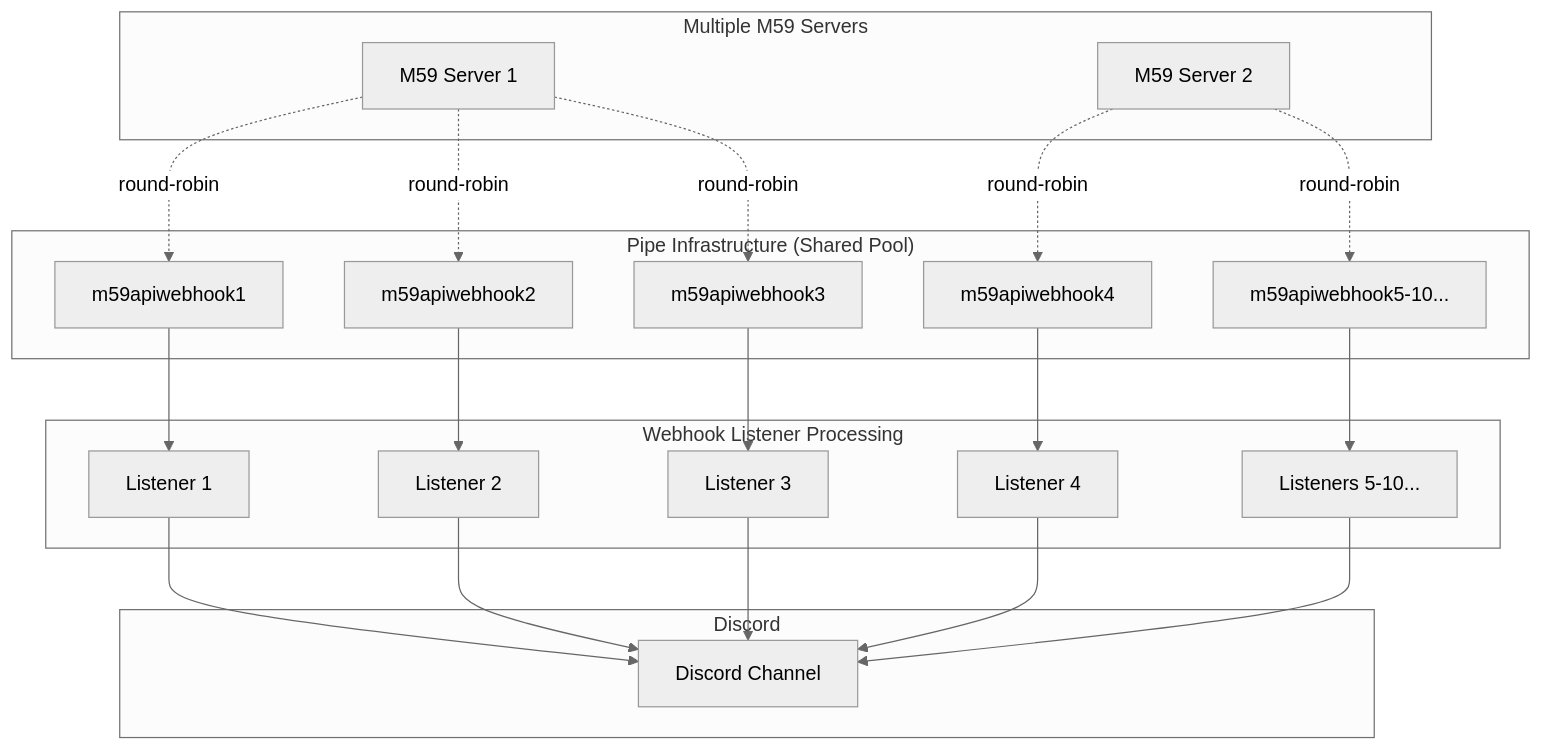
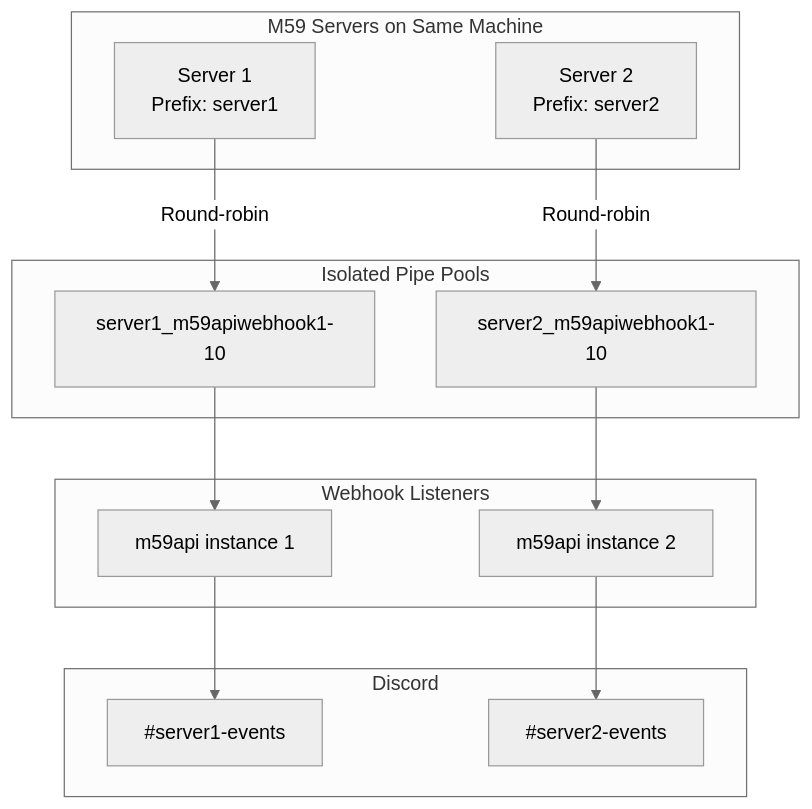
The second of 2 diagrams in docs/webhooks.md (Meridian59/Meridian59), drawn with Mermaid (neutral theme) before and after one commit. The commit also changed other lines of this file, not shown here.

````diff
--- a/docs/webhooks.md
+++ b/docs/webhooks.md
@@ -117,45 +151,31 @@
 ```mermaid
 graph TB
-    subgraph "Multiple M59 Servers"
-        S1[M59 Server 1]
-        S2[M59 Server 2]
+    subgraph "M59 Servers on Same Machine"
+        S1[Server 1<br/>Prefix: server1]
+        S2[Server 2<br/>Prefix: server2]
     end
     
-    subgraph "Pipe Infrastructure (Shared Pool)"
-        P1[m59apiwebhook1]
-        P2[m59apiwebhook2]
-        P3[m59apiwebhook3]
-        P4[m59apiwebhook4]
-        P5[m59apiwebhook5-10...]
+    subgraph "Isolated Pipe Pools"
+        P1G[server1_m59apiwebhook1-10]
+        P2G[server2_m59apiwebhook1-10]
     end
     
-    subgraph "Webhook Listener Processing"
-        L1[Listener 1]
-        L2[Listener 2]
-        L3[Listener 3]
-        L4[Listener 4]
-        L5[Listeners 5-10...]
+    subgraph "Webhook Listeners"
+        L1[m59api instance 1]
+        L2[m59api instance 2]
     end
     
     subgraph "Discord"
-        D[Discord Channel]
+        D1[#server1-events]
+        D2[#server2-events]
     end
     
-    S1 -.->|round-robin| P1
-    S1 -.->|round-robin| P2
-    S1 -.->|round-robin| P3
-    S2 -.->|round-robin| P4
-    S2 -.->|round-robin| P5
+    S1 -->|Round-robin| P1G
+    S2 -->|Round-robin| P2G
     
-    P1 --> L1
-    P2 --> L2
-    P3 --> L3
-    P4 --> L4
-    P5 --> L5
+    P1G --> L1
+    P2G --> L2
     
-    L1 --> D
-    L2 --> D
-    L3 --> D
-    L4 --> D
-    L5 --> D
+    L1 --> D1
+    L2 --> D2
 ```
````
